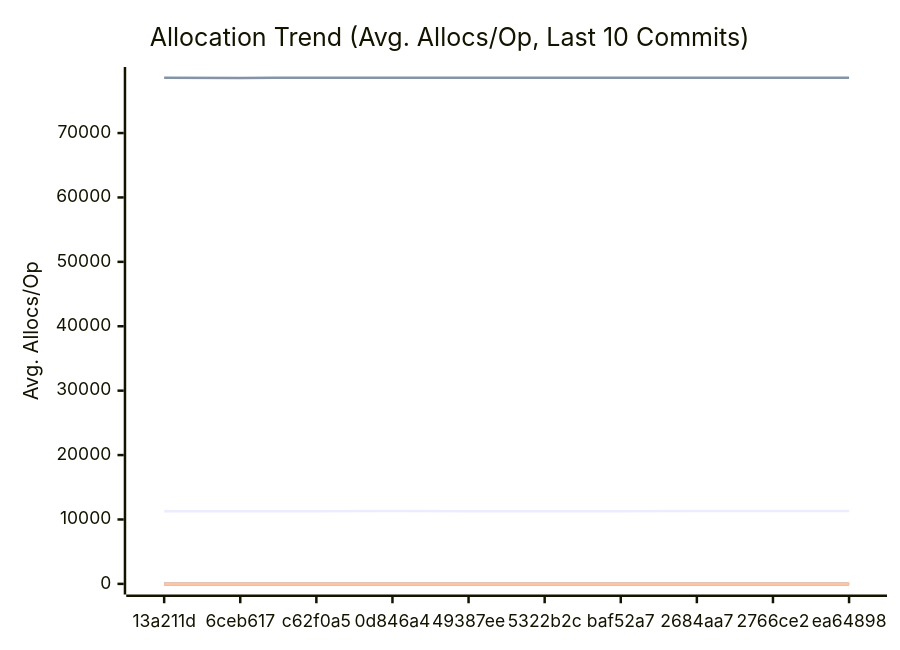
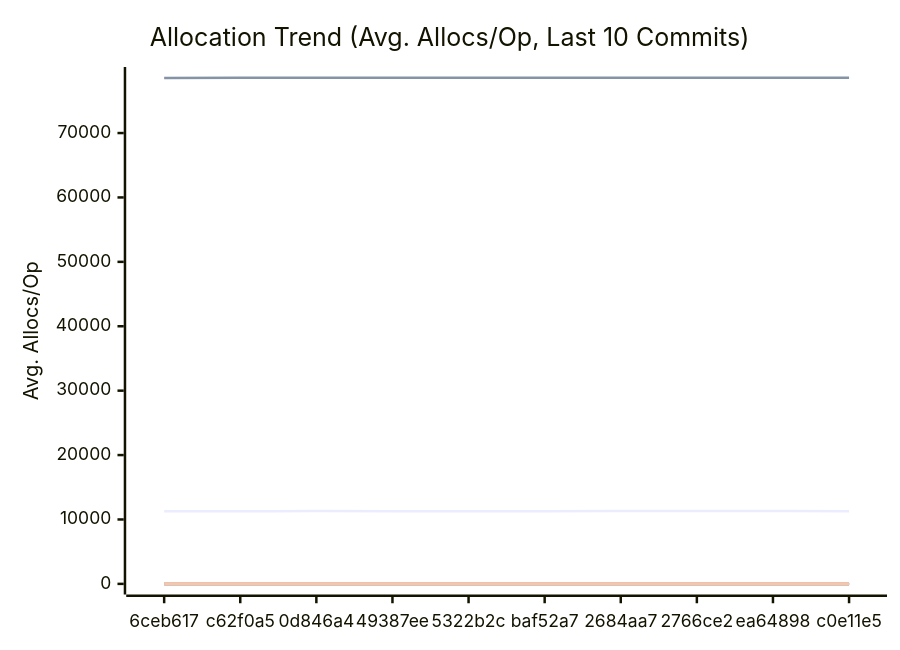
The third of 3 diagrams in docs/PERFORMANCE.md (alsotoes/momo), drawn with Mermaid before and after one commit. The commit also changed other lines of this file and 3 other files, not shown here.

````diff
--- a/docs/PERFORMANCE.md
+++ b/docs/PERFORMANCE.md
@@ -197,20 +197,20 @@
 ```mermaid
 xychart-beta
     title "Allocation Trend (Avg. Allocs/Op, Last 10 Commits)"
     x-axis "Commit"
     y-axis "Avg. Allocs/Op"
-    x-axis [13a211d,6ceb617,c62f0a5,0d846a4,49387ee,5322b2c,baf52a7,2684aa7,2766ce2,ea64898]
-    line "AWSChunkedReaderSigned" [11278,11291,11281,11297,11281,11264,11269,11322,11314,11309]
-    line "AWSChunkedReaderUnsigned" [78570,78564,78574,78571,78567,78568,78569,78587,78599,78604]
+    x-axis [6ceb617,c62f0a5,0d846a4,49387ee,5322b2c,baf52a7,2684aa7,2766ce2,ea64898,c0e11e5]
+    line "AWSChunkedReaderSigned" [11291,11281,11297,11281,11264,11269,11322,11314,11309,11288]
+    line "AWSChunkedReaderUnsigned" [78564,78574,78571,78567,78568,78569,78587,78599,78604,78570]
     line "CheckMetricsAndSwap" [0,0,0,0,0,0,0,0,0,0]
     line "CrushOptimized" [0,0,0,0,0,0,0,0,0,0]
     line "CrushOriginal" [3,3,3,3,3,3,3,3,3,3]
     line "IndexDirectTracking" [0,0,0,0,0,0,0,0,0,0]
     line "IndexSearch" [0,0,0,0,0,0,0,0,0,0]
     line "LoadGlobalConfig" [54,54,54,54,54,54,54,54,54,54]
     line "PadString" [1,1,1,1,1,1,1,1,1,1]
     line "ParseReplicationOrder_NoPrealloc" [6,6,6,6,6,5,5,5,5,5]
     line "ParseReplicationOrder_Prealloc" [2,2,2,2,2,1,1,1,1,1]
     line "SanitizeLog/Safe" [0,0,0,0,0,0,0,0,0,0]
     line "SanitizeLog/Unsafe" [1,1,1,1,1,1,1,1,1,1]
 ```
````
